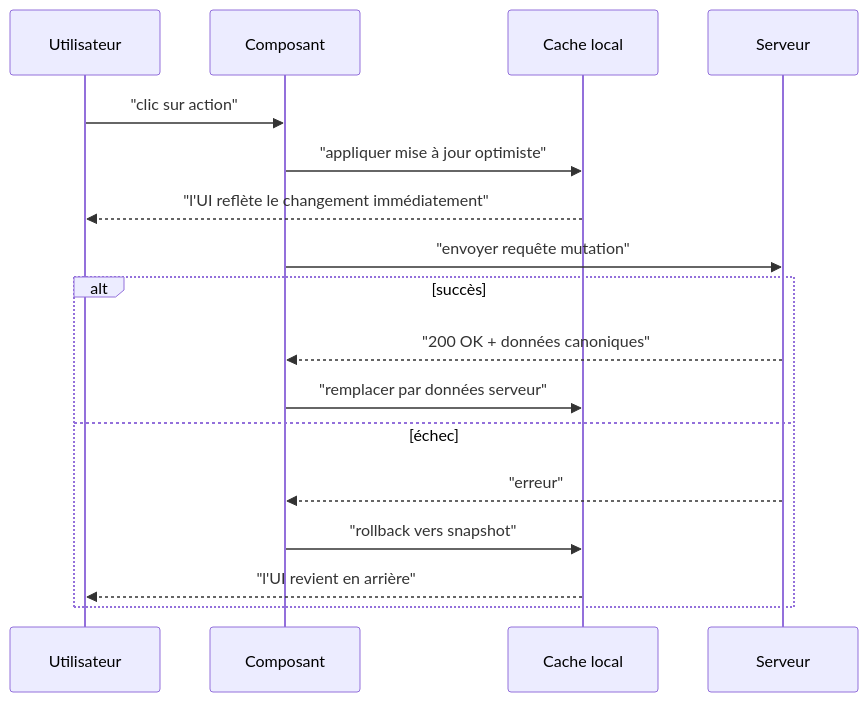
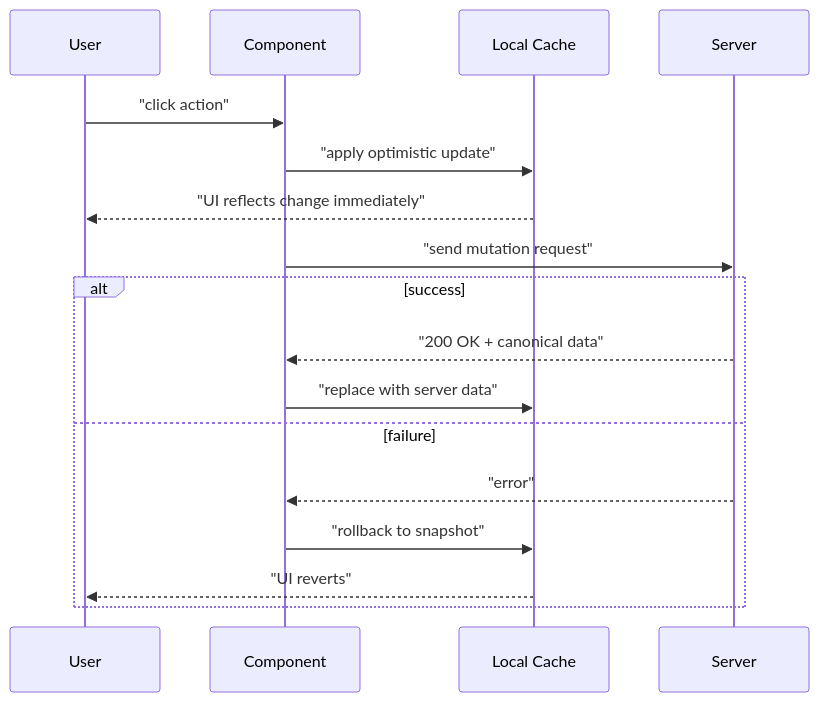
One commit to BabaScience/react-guides changed the third of 6 diagrams in arguments/chapters/fr/07-data-fetching.md. Above: the diagram before and after it, drawn with Mermaid. The commit also changed other lines of this file and 29 other files, not shown here.

First line of the commit message:
Bring React FR/IT translations to full English parity + theme-safe diagrams

````diff
--- a/arguments/chapters/fr/07-data-fetching.md
+++ b/arguments/chapters/fr/07-data-fetching.md
@@ -222,19 +1244,19 @@
 ```mermaid
 sequenceDiagram
-    participant U as Utilisateur
-    participant C as Composant
-    participant Cache as Cache local
-    participant S as Serveur
-    U->>C: "clic sur action"
-    C->>Cache: "appliquer mise à jour optimiste"
-    Cache-->>U: "l'UI reflète le changement immédiatement"
-    C->>S: "envoyer requête mutation"
-    alt succès
-        S-->>C: "200 OK + données canoniques"
-        C->>Cache: "remplacer par données serveur"
-    else échec
-        S-->>C: "erreur"
-        C->>Cache: "rollback vers snapshot"
-        Cache-->>U: "l'UI revient en arrière"
+    participant U as User
+    participant C as Component
+    participant Cache as Local Cache
+    participant S as Server
+    U->>C: "click action"
+    C->>Cache: "apply optimistic update"
+    Cache-->>U: "UI reflects change immediately"
+    C->>S: "send mutation request"
+    alt success
+        S-->>C: "200 OK + canonical data"
+        C->>Cache: "replace with server data"
+    else failure
+        S-->>C: "error"
+        C->>Cache: "rollback to snapshot"
+        Cache-->>U: "UI reverts"
     end
 ```
````
